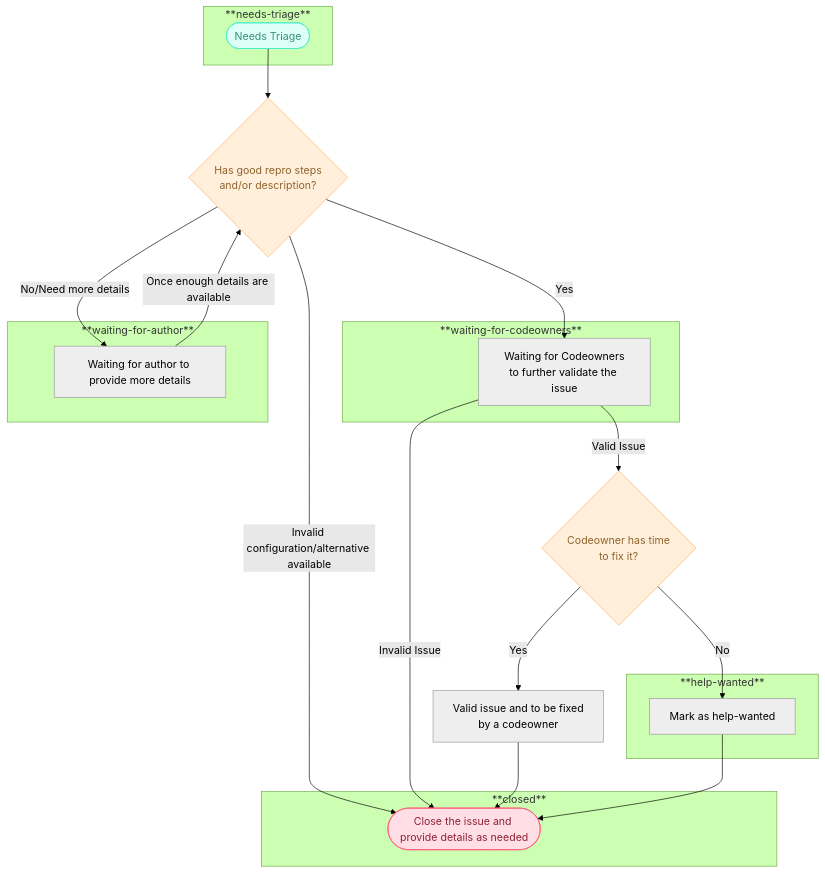
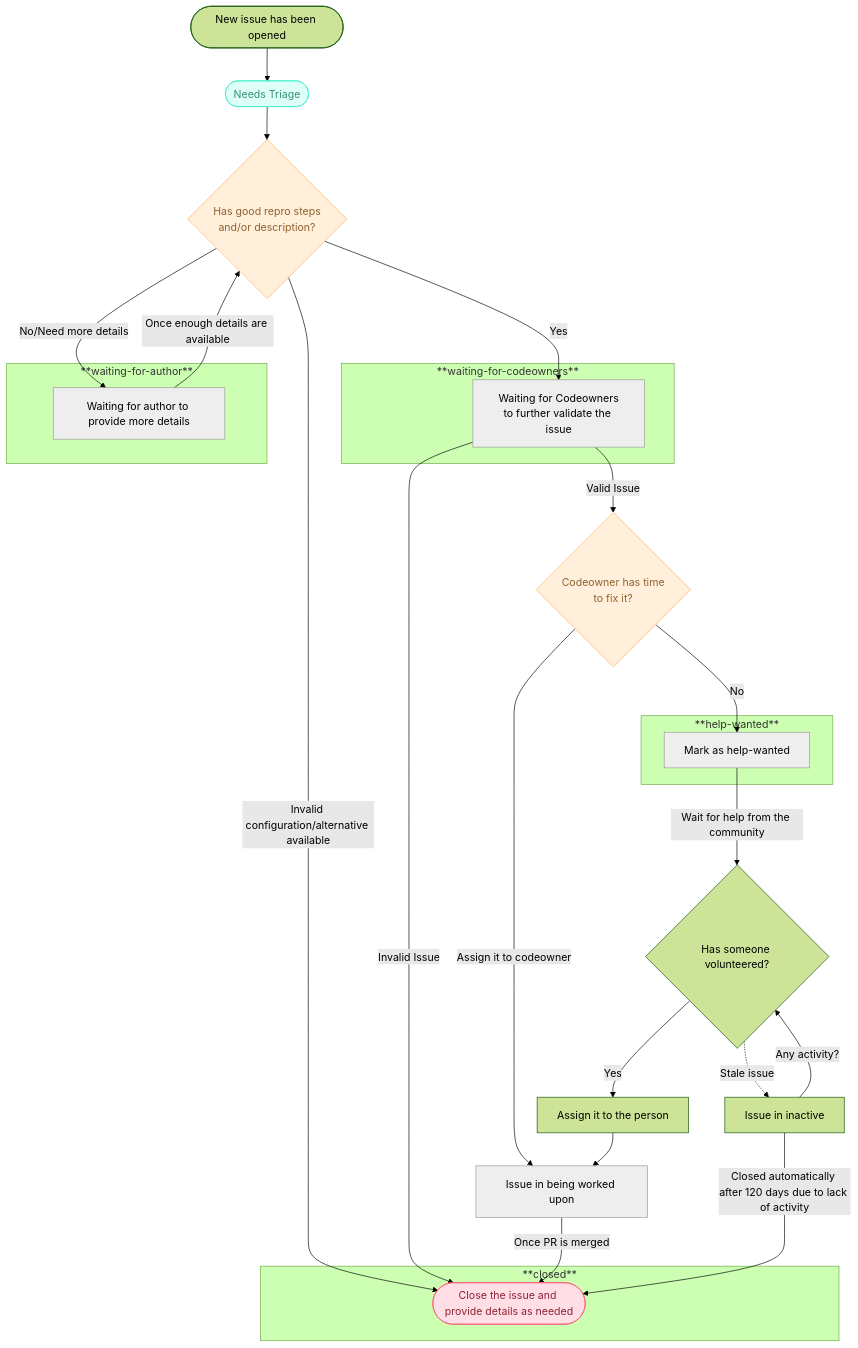
The diagram in issue-triaging.md (open-telemetry/opentelemetry-collector-contrib), drawn with Mermaid (forest theme) before and after one commit.

Commit message:
address comments

````diff
--- a/issue-triaging.md
+++ b/issue-triaging.md
@@ -79,47 +79,52 @@
 ```mermaid
 flowchart TD
-  subgraph graph1["**needs-triage**"]
-        n1(["Needs Triage"])
-  end
+    n0(["New issue has been opened"]) --> n1
+    n1(["Needs Triage"]) --> n2["Has good repro steps <br>and/or description?"]
   subgraph graph2["**waiting-for-codeowners**"]
         n3["Waiting for Codeowners<br>to further validate the issue"]
   end
   subgraph graph3["**waiting-for-author**"]
         n4["Waiting for author to provide more details"]
   end
   subgraph graph4["**help-wanted**"]
         n8["Mark as help-wanted"]
   end
   subgraph graph5["**closed**"]
-        n9(["Close the issue and provide details as needed"])
+        n10(["Close the issue and provide details as needed"])
   end
-    n1 --> n2["Has good repro steps <br>and/or description?"]
     n2 -- Yes --> n3
     n2 -- No/Need more details --> n4
-    n2 -- Invalid configuration/alternative available --> n9
-    n3 -- Invalid Issue --> n9
+    n2 -- Invalid configuration/alternative available --> n10
+    n3 -- Invalid Issue --> n10
     n3 -- Valid Issue -->  n6["Codeowner has time<br>to fix it?"]
-    n6 -- Yes --> n7["Valid issue and to be fixed <br>by a codeowner"]
+    n6 -- Assign it to codeowner --> n7["Issue in being worked upon"]
     n6 -- No --> n8
-    n7 --> n9
-    n8 --> n9
+    n7 -- Once PR is merged --> n10
+    n8 -- Wait for help from the community --> n9["Has someone volunteered?"]
+    n9 -- Yes --> n11["Assign it to the person"]
+    n12 -- Any activity? --> n9
+    n9 -. Stale issue .-> n12["Issue in inactive"]
+    n11 --> n7
+    n12 -- Closed automatically after 120 days due to lack of activity --> n10
     n4 -- Once enough details are available --> n2
 
     n3@{ shape: rect}
     n4@{ shape: rect}
     n2@{ shape: diam}
     n6@{ shape: diam}
+    n9@{ shape: diam}
+
      n1:::Aqua
      n3:::Ash
      n4:::Ash
      n8:::Ash
      n2:::Ash
      n2:::Peach
      n6:::Peach
      n7:::Ash
-     n9:::Rose
+     n10:::Rose
     classDef Rose stroke-width:1px, stroke-dasharray:none, stroke:#FF5978, fill:#FFDFE5, color:#8E2236
     classDef Aqua stroke-width:1px, stroke-dasharray:none, stroke:#46EDC8, fill:#DEFFF8, color:#378E7A
     classDef Peach stroke-width:1px, stroke-dasharray:none, stroke:#FBB35A, fill:#FFEFDB, color:#8F632D
     classDef Ash stroke-width:1px, stroke-dasharray:none, stroke:#999999, fill:#EEEEEE, color:#000000
 ```
````
